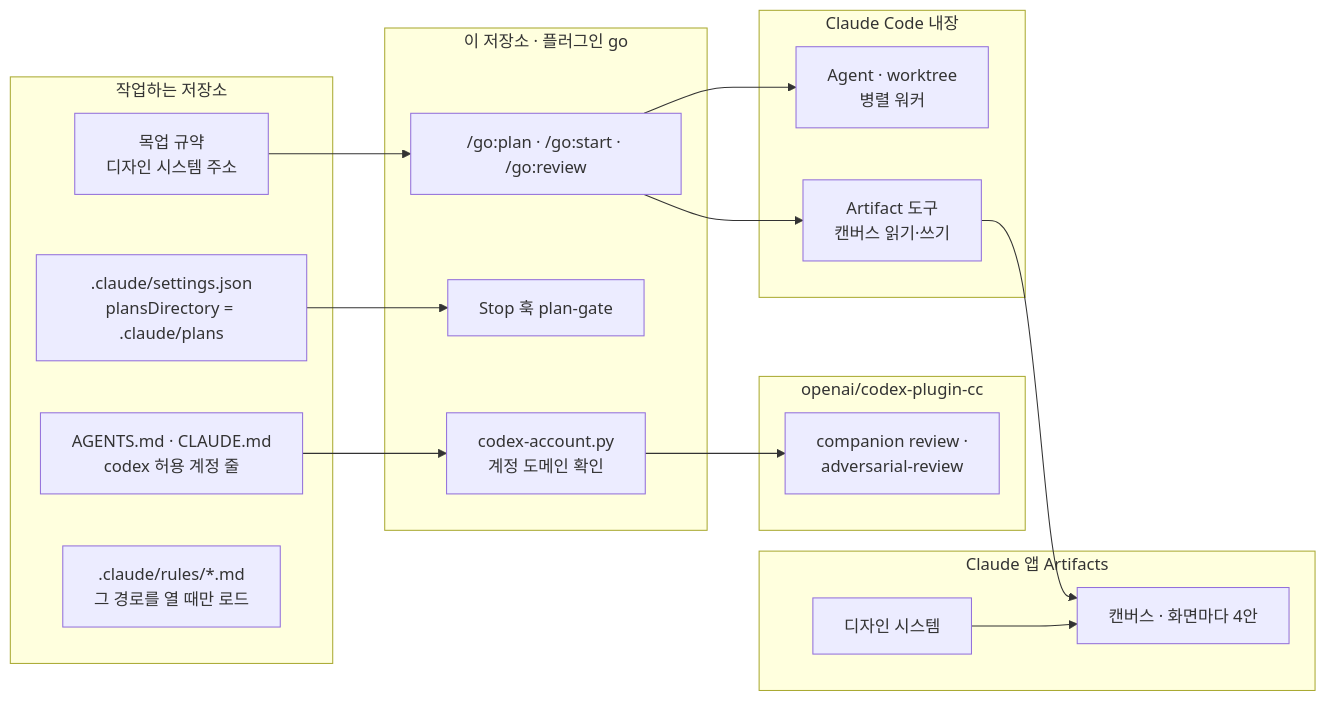
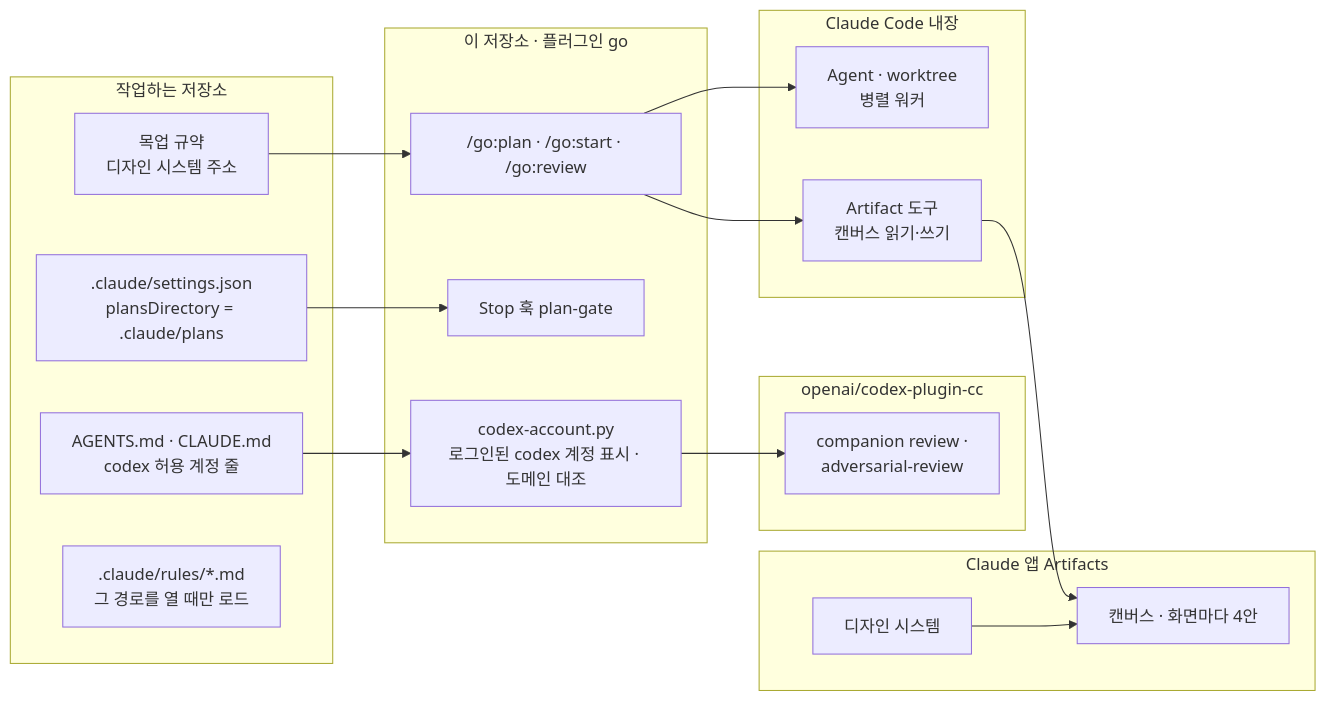
The third of 4 diagrams in README.md (jwjinn/go-skill), drawn with Mermaid before and after one commit. The commit also changed other lines of this file and 4 other files, not shown here.

First line of the commit message:
feat(go:review): codex 는 로그인된 계정을 그대로 쓰고, 저장소 도메인과 다르면 보낼지 묻는다 (#17)

````diff
--- a/README.md
+++ b/README.md
@@ -175,38 +177,38 @@
 ```mermaid
 flowchart LR
     subgraph GS["이 저장소 · 플러그인 go"]
         B1["/go:plan · /go:start · /go:review"]
         B2["Stop 훅 plan-gate"]
-        B3["codex-account.py<br/>계정 도메인 확인"]
+        B3["codex-account.py<br/>로그인된 codex 계정 표시 · 도메인 대조"]
     end
 
     subgraph CC["Claude Code 내장"]
         A1["Agent · worktree<br/>병렬 워커"]
         A2["Artifact 도구<br/>캔버스 읽기·쓰기"]
     end
 
     subgraph OX["openai/codex-plugin-cc"]
         C1["companion review ·<br/>adversarial-review"]
     end
 
     subgraph CD["Claude 앱 Artifacts"]
         D1["디자인 시스템"]
         D2["캔버스 · 화면마다 4안"]
     end
 
     subgraph PJ["작업하는 저장소"]
         P1[".claude/settings.json<br/>plansDirectory = .claude/plans"]
         P2["AGENTS.md · CLAUDE.md<br/>codex 허용 계정 줄"]
         P3["목업 규약<br/>디자인 시스템 주소"]
         P4[".claude/rules/*.md<br/>그 경로를 열 때만 로드"]
     end
 
     B1 --> A1
     B1 --> A2
     A2 --> D2
     D1 --> D2
     P3 --> B1
     P2 --> B3
     B3 --> C1
     P1 --> B2
 ```
````
